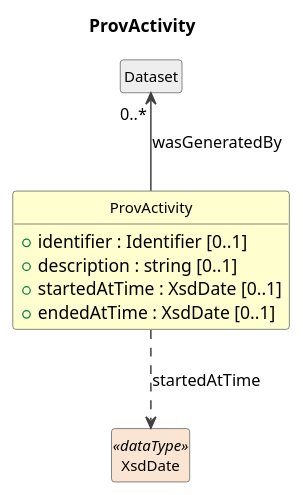
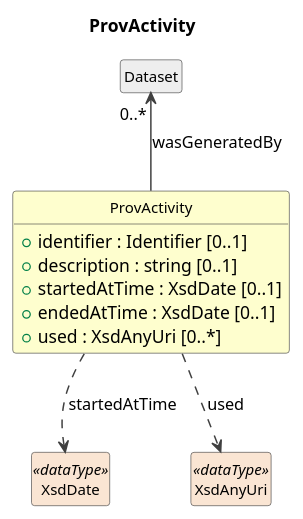
One commit to Cross-Domain-Interoperability-Framework/metadataBuildingBlocks changed the diagram in cdif-uml-model/_plantuml/cdifDiscovery/Classes/ProvActivity.pu. Above: the diagram before and after it, drawn with PlantUML. The commit also changed 504 other files, not shown here.

First line of the commit message:
Regenerate cdif-uml-model browser from current profile configs

```diff
--- a/cdif-uml-model/_plantuml/cdifDiscovery/Classes/ProvActivity.pu
+++ b/cdif-uml-model/_plantuml/cdifDiscovery/Classes/ProvActivity.pu
@@ -1,24 +1,27 @@
 @startuml
 title ProvActivity
 hide circle
 hide empty members
 skinparam shadowing false
 skinparam ArrowThickness 1.2
 skinparam class {
   ArrowColor #404040
   BorderColor #404040
   FontSize 12
 }
 
 class "ProvActivity" as ProvActivity #FEFECE {
   +identifier : Identifier [0..1]
   +description : string [0..1]
   +startedAtTime : XsdDate [0..1]
   +endedAtTime : XsdDate [0..1]
+  +used : XsdAnyUri [0..*]
 }
 class "Dataset" as Dataset #EEEEEE
 Dataset "0..*" <-- ProvActivity : wasGeneratedBy
 class "XsdDate" as XsdDate <<dataType>> #FAE5D3
 ProvActivity ..> XsdDate : startedAtTime
+class "XsdAnyUri" as XsdAnyUri <<dataType>> #FAE5D3
+ProvActivity ..> XsdAnyUri : used
 
 @enduml
```
